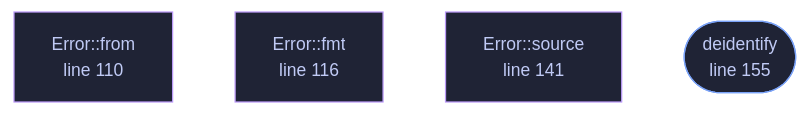
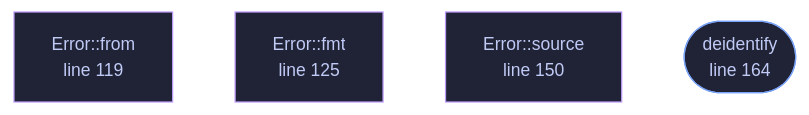
One commit to tilas01/veilvoice changed the diagram in docs/files/veilvoice-audio/lib.md. Above: the diagram before and after it, drawn with Mermaid. The commit also changed other lines of this file and 19 other files, not shown here.

````diff
--- a/docs/files/veilvoice-audio/lib.md
+++ b/docs/files/veilvoice-audio/lib.md
@@ -94,18 +94,18 @@
 ```mermaid
 %%{init: {"theme":"base","themeVariables":{"background":"#1a1b26","primaryColor":"#1f2335","primaryTextColor":"#c0caf5","primaryBorderColor":"#7aa2f7","secondaryColor":"#16161e","tertiaryColor":"#16161e","lineColor":"#737aa2","textColor":"#c0caf5","mainBkg":"#1f2335","nodeBorder":"#7aa2f7","clusterBkg":"#16161e","clusterBorder":"#2f3549","fontFamily":"ui-monospace, SFMono-Regular, Consolas, monospace","fontSize":"14px"}}}%%
 flowchart TD
-    n_from["Error::from<br/>line 104"]
-    n_from["Error::from<br/>line 110"]
-    n_fmt["Error::fmt<br/>line 116"]
-    n_source["Error::source<br/>line 141"]
-    n_deidentify(["deidentify<br/>line 155"])
-    click n_from href "https://github.com/tilas01/veilvoice/blob/main/crates/veilvoice-audio/src/lib.rs#L104" "open the source"
-    click n_from href "https://github.com/tilas01/veilvoice/blob/main/crates/veilvoice-audio/src/lib.rs#L110" "open the source"
-    click n_fmt href "https://github.com/tilas01/veilvoice/blob/main/crates/veilvoice-audio/src/lib.rs#L116" "open the source"
-    click n_source href "https://github.com/tilas01/veilvoice/blob/main/crates/veilvoice-audio/src/lib.rs#L141" "open the source"
-    click n_deidentify href "https://github.com/tilas01/veilvoice/blob/main/crates/veilvoice-audio/src/lib.rs#L155" "open the source"
+    n_from["Error::from<br/>line 113"]
+    n_from["Error::from<br/>line 119"]
+    n_fmt["Error::fmt<br/>line 125"]
+    n_source["Error::source<br/>line 150"]
+    n_deidentify(["deidentify<br/>line 164"])
+    click n_from href "https://github.com/tilas01/veilvoice/blob/main/crates/veilvoice-audio/src/lib.rs#L113" "open the source"
+    click n_from href "https://github.com/tilas01/veilvoice/blob/main/crates/veilvoice-audio/src/lib.rs#L119" "open the source"
+    click n_fmt href "https://github.com/tilas01/veilvoice/blob/main/crates/veilvoice-audio/src/lib.rs#L125" "open the source"
+    click n_source href "https://github.com/tilas01/veilvoice/blob/main/crates/veilvoice-audio/src/lib.rs#L150" "open the source"
+    click n_deidentify href "https://github.com/tilas01/veilvoice/blob/main/crates/veilvoice-audio/src/lib.rs#L164" "open the source"
     classDef entry fill:#1f2335,stroke:#7aa2f7,color:#c0caf5
     class n_deidentify entry
     classDef helper fill:#1f2335,stroke:#bb9af7,color:#c0caf5
     class n_from,n_from,n_fmt,n_source helper
 ```
````
